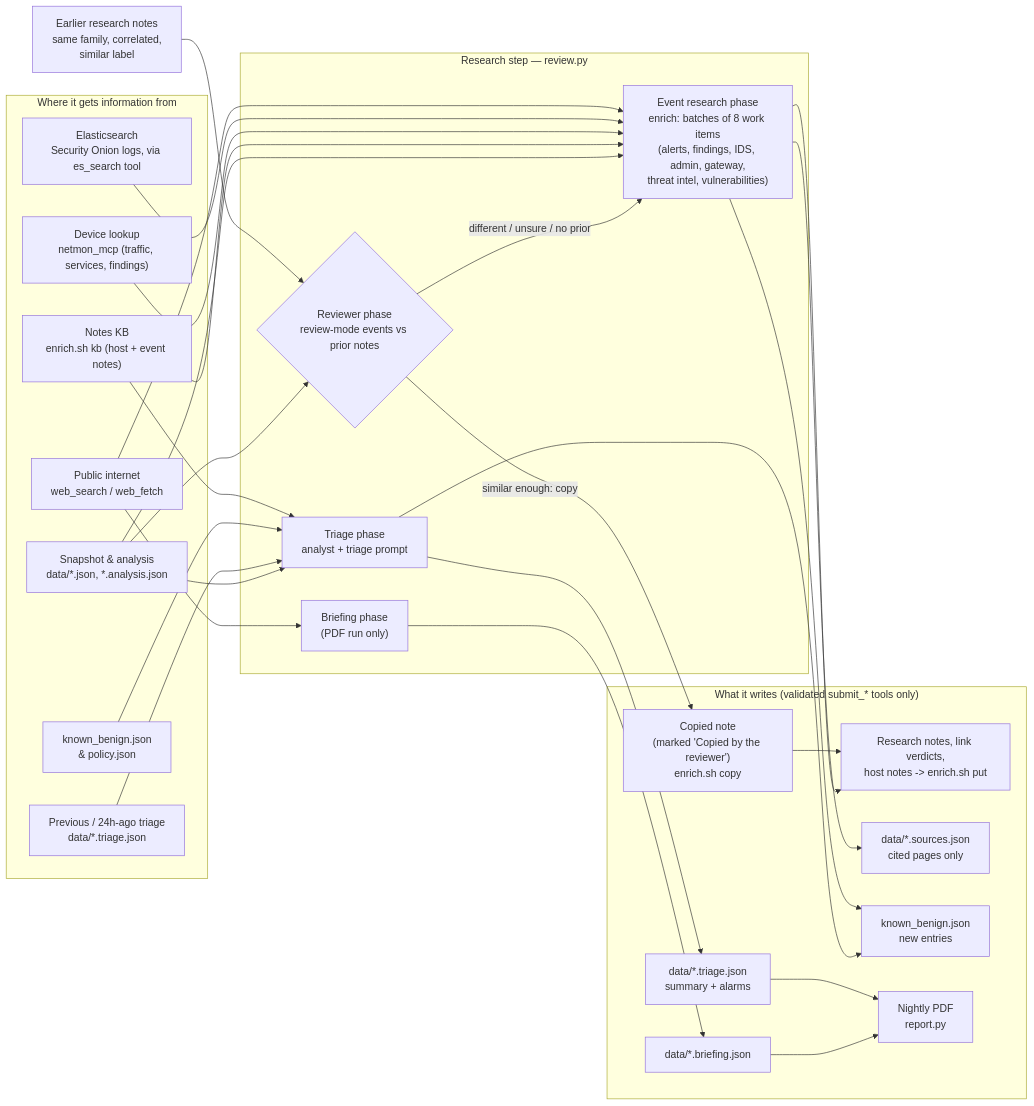
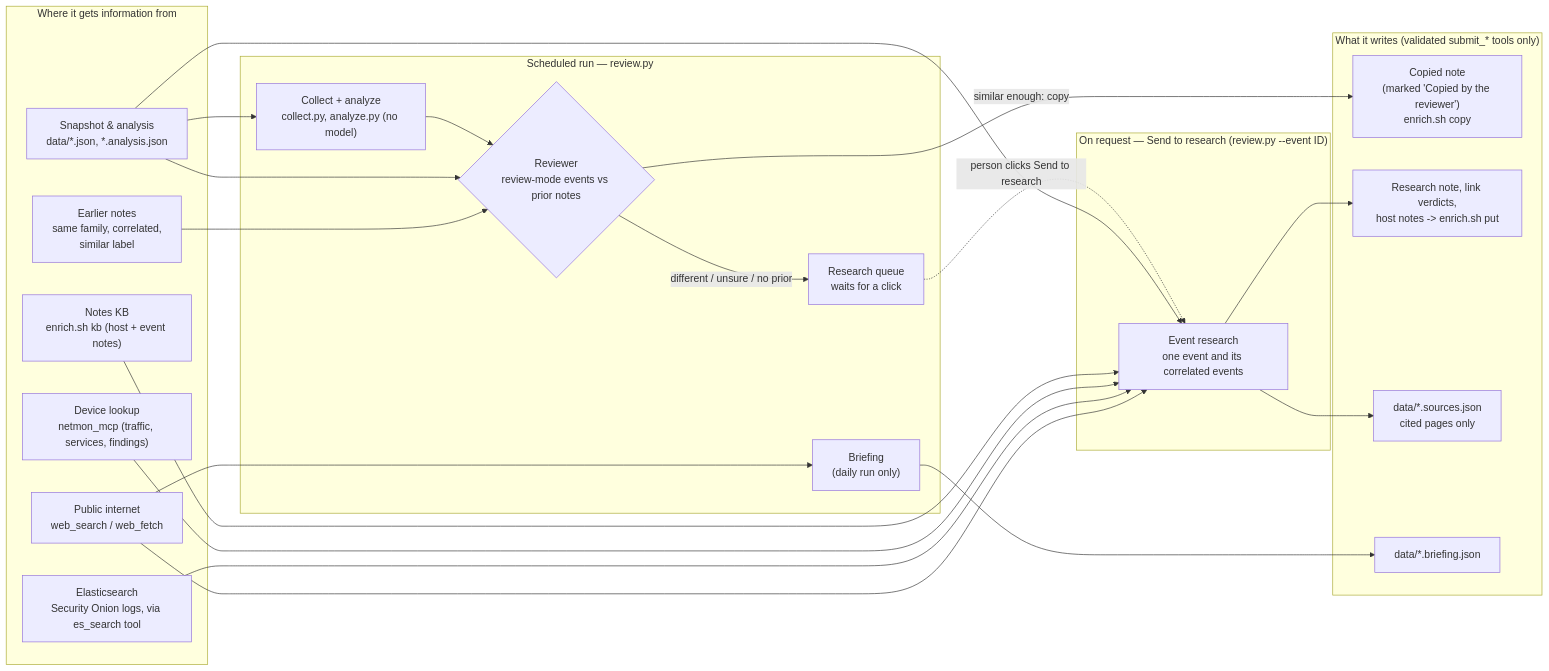
Before and after one commit to hermeslohin/netmon: the first of 2 diagrams in docs/CORRELATION.md, drawn with Mermaid. The commit also changed other lines of this file and 15 other files, not shown here.

First line of the commit message:
Docs/UI/diagrams: drop triage and scheduled research; review job = collect+analyze+reviewer; research on request only

````diff
--- a/docs/CORRELATION.md
+++ b/docs/CORRELATION.md
@@ -196,54 +198,46 @@
 ```mermaid
 flowchart LR
     subgraph SRC["Where it gets information from"]
         SNAP["Snapshot & analysis\ndata/*.json, *.analysis.json"]
-        HIST["Previous / 24h-ago triage\ndata/*.triage.json"]
-        POL["known_benign.json\n& policy.json"]
         KB["Notes KB\nenrich.sh kb (host + event notes)"]
         DEV["Device lookup\nnetmon_mcp (traffic, services, findings)"]
         ES["Elasticsearch\nSecurity Onion logs, via es_search tool"]
         WEB["Public internet\nweb_search / web_fetch"]
+        PRIOR["Earlier notes\nsame family, correlated,\nsimilar label"]
     end
 
-    subgraph JOB["Research step — review.py"]
-        T["Triage phase\nanalyst + triage prompt"]
-        RV{"Reviewer phase\nreview-mode events vs prior notes"}
-        R["Event research phase\nenrich: batches of 8 work items\n(alerts, findings, IDS, admin, gateway,\nthreat intel, vulnerabilities)"]
-        B["Briefing phase\n(PDF run only)"]
+    subgraph JOB["Scheduled run — review.py"]
+        C["Collect + analyze\ncollect.py, analyze.py (no model)"]
+        RV{"Reviewer\nreview-mode events vs prior notes"}
+        Q["Research queue\nwaits for a click"]
+        B["Briefing\n(daily run only)"]
+    end
+
+    subgraph REQ["On request — Send to research (review.py --event ID)"]
+        R["Event research\none event and its correlated events"]
     end
 
     subgraph OUT["What it writes (validated submit_* tools only)"]
-        TJ["data/*.triage.json\nsummary + alarms"]
         COPY["Copied note\n(marked 'Copied by the reviewer')\nenrich.sh copy"]
-        NOTES["Research notes, link verdicts,\nhost notes -> enrich.sh put"]
+        NOTES["Research note, link verdicts,\nhost notes -> enrich.sh put"]
         SRC2["data/*.sources.json\ncited pages only"]
-        BEN["known_benign.json\nnew entries"]
         BJ["data/*.briefing.json"]
-        PDF["Nightly PDF\nreport.py"]
     end
 
-    SNAP --> T
-    HIST --> T
-    POL --> T
-    KB --> T
+    SNAP --> C
+    C --> RV
     SNAP --> RV
-    PRIOR["Earlier research notes\nsame family, correlated,\nsimilar label"] --> RV
+    PRIOR --> RV
     RV -- "similar enough: copy" --> COPY
-    RV -- "different / unsure / no prior" --> R
+    RV -- "different / unsure / no prior" --> Q
+    Q -. "person clicks Send to research" .-> R
     SNAP --> R
     KB --> R
     DEV --> R
     ES --> R
     WEB --> R
     WEB --> B
-
-    T --> TJ
-    T --> BEN
     R --> NOTES
-    COPY --> NOTES
     R --> SRC2
-    R --> BEN
     B --> BJ
-    BJ --> PDF
-    TJ --> PDF
 ```
````
